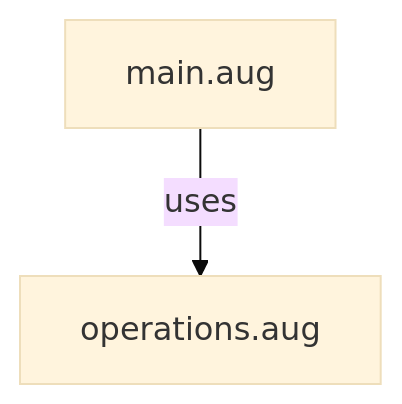
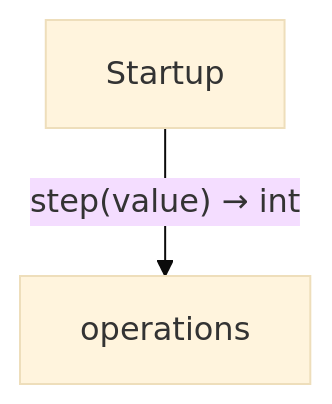
Before and after one commit to GreenPandaStudios/augscript: the diagram in benchmarks/calls/.aug-spec/diagrams/index.md, drawn with Mermaid (base theme). The commit also changed other lines of this file and 524 other files, not shown here.

Commit message:
Explain checked data flow at folder and service levels

````diff
--- a/benchmarks/calls/.aug-spec/diagrams/index.md
+++ b/benchmarks/calls/.aug-spec/diagrams/index.md
@@ -19,6 +9,6 @@
 ```mermaid
 flowchart TD
-    n0["main.aug"]
-    n1["operations.aug"]
-    n0 -->|"uses"| n1
+    n0["Startup"]
+    n1["operations"]
+    n0 -->|"step(value) → int"| n1
 ```
````
